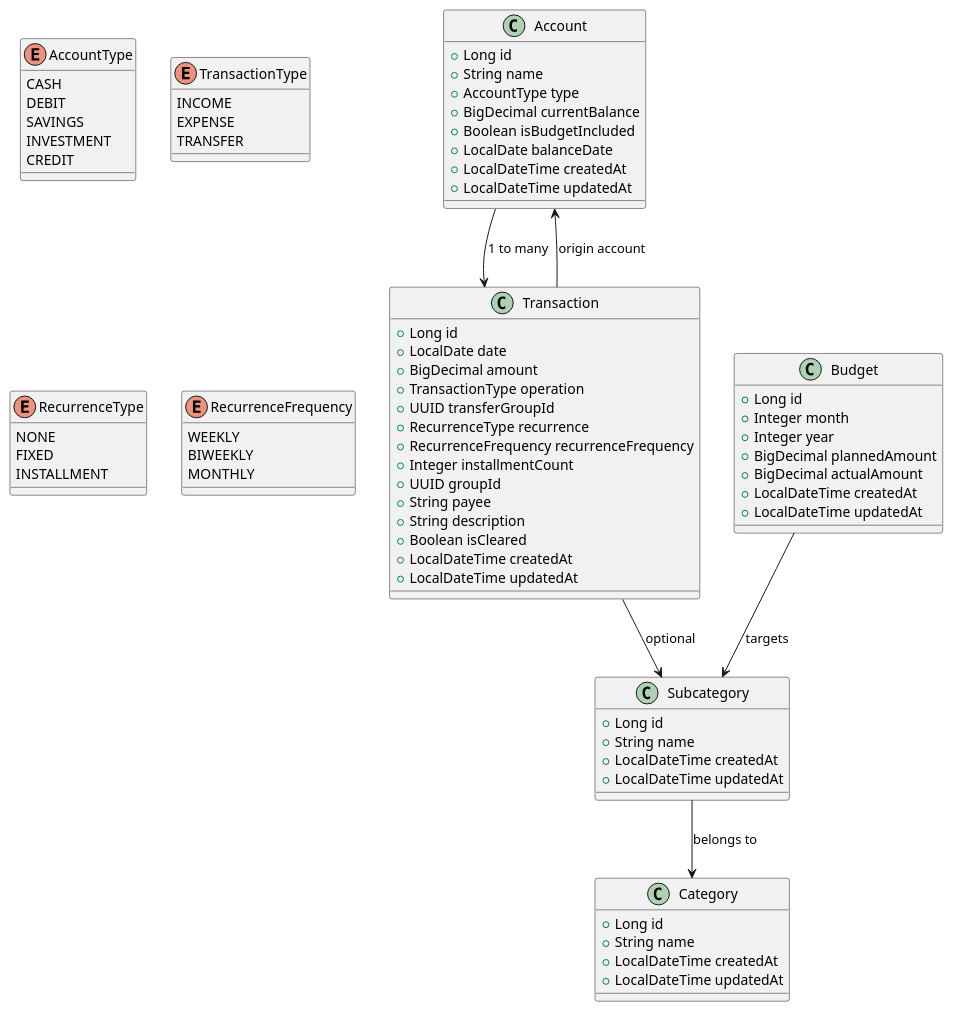
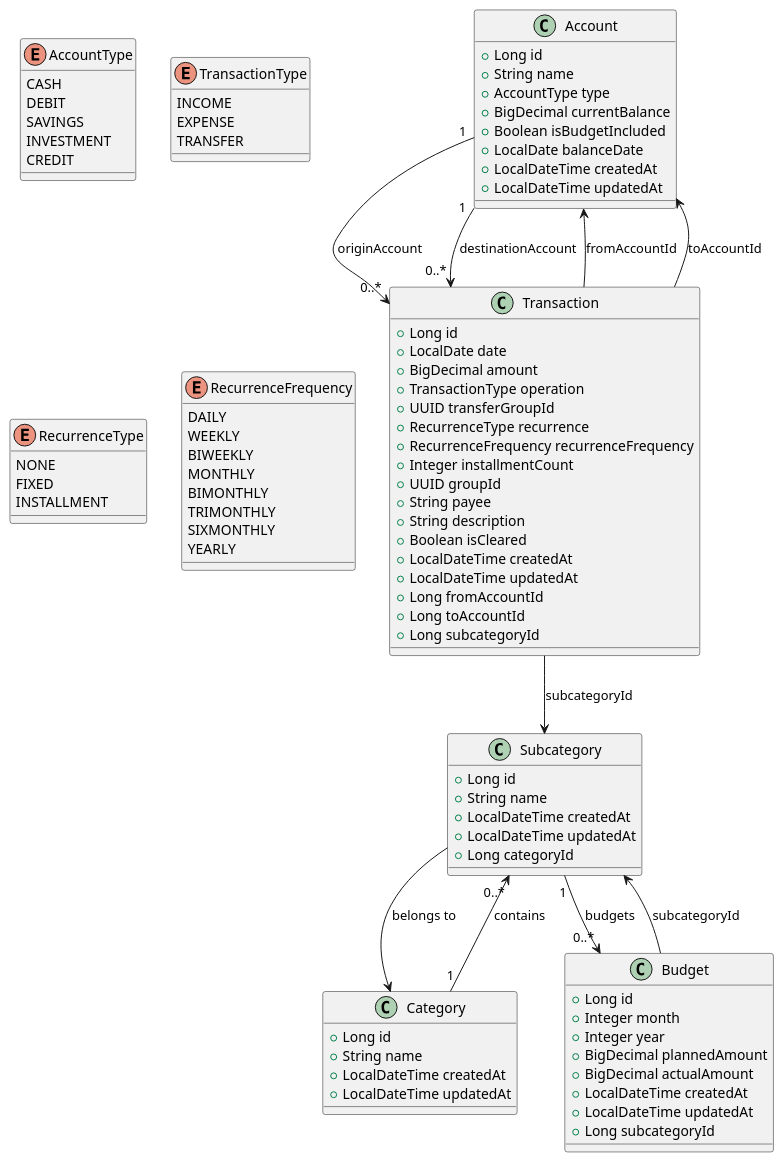
The diagram in .docs/refs/diagrams/class-diagram.puml (marlonprado04/PROJ-YNAB-clone), drawn with PlantUML before and after one commit. The commit also changed 5 other files, not shown here.

Commit message:
docs: added database-diagram and update class-diagram

```diff
--- a/.docs/refs/diagrams/class-diagram.puml
+++ b/.docs/refs/diagrams/class-diagram.puml
@@ -1,88 +1,102 @@
 @startuml
 
 class Account {
   +Long id
   +String name
   +AccountType type
   +BigDecimal currentBalance
   +Boolean isBudgetIncluded
   +LocalDate balanceDate
   +LocalDateTime createdAt
   +LocalDateTime updatedAt
 }
 
 enum AccountType {
   CASH
   DEBIT
   SAVINGS
   INVESTMENT
   CREDIT
 }
 
 class Category {
   +Long id
   +String name
   +LocalDateTime createdAt
   +LocalDateTime updatedAt
 }
 
 class Subcategory {
   +Long id
   +String name
   +LocalDateTime createdAt
   +LocalDateTime updatedAt
+  +Long categoryId
 }
 
 class Transaction {
   +Long id
   +LocalDate date
   +BigDecimal amount
   +TransactionType operation
   +UUID transferGroupId
   +RecurrenceType recurrence
   +RecurrenceFrequency recurrenceFrequency
   +Integer installmentCount
   +UUID groupId
   +String payee
   +String description
   +Boolean isCleared
   +LocalDateTime createdAt
   +LocalDateTime updatedAt
+  +Long fromAccountId
+  +Long toAccountId
+  +Long subcategoryId
 }
 
 enum TransactionType {
   INCOME
   EXPENSE
   TRANSFER
 }
 
 enum RecurrenceType {
   NONE
   FIXED
   INSTALLMENT
 }
 
 enum RecurrenceFrequency {
+  DAILY
   WEEKLY
   BIWEEKLY
   MONTHLY
+  BIMONTHLY
+  TRIMONTHLY
+  SIXMONTHLY
+  YEARLY
 }
 
 class Budget {
   +Long id
   +Integer month
   +Integer year
   +BigDecimal plannedAmount
   +BigDecimal actualAmount
   +LocalDateTime createdAt
   +LocalDateTime updatedAt
+  +Long subcategoryId
 }
 
 ' RELATIONSHIPS
 Subcategory --> Category : belongs to
-Transaction --> Account : origin account
-Transaction --> Subcategory : optional
-Budget --> Subcategory : targets
-Account --> Transaction : 1 to many
+Transaction --> Account : fromAccountId
+Transaction --> Account : toAccountId
+Transaction --> Subcategory : subcategoryId
+Budget --> Subcategory : subcategoryId
+Account "1" --> "0..*" Transaction : originAccount
+Account "1" --> "0..*" Transaction : destinationAccount
+Category "1" --> "0..*" Subcategory : contains
+Subcategory "1" --> "0..*" Budget : budgets
 
 @enduml
```
